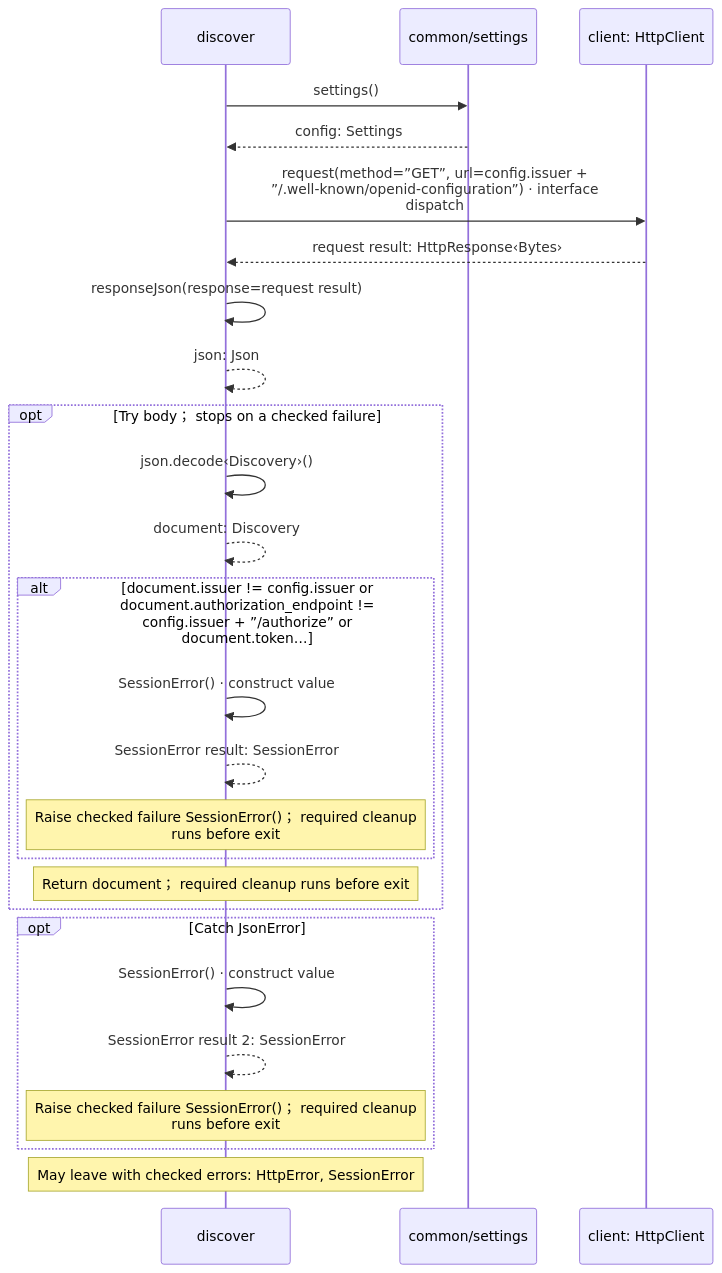
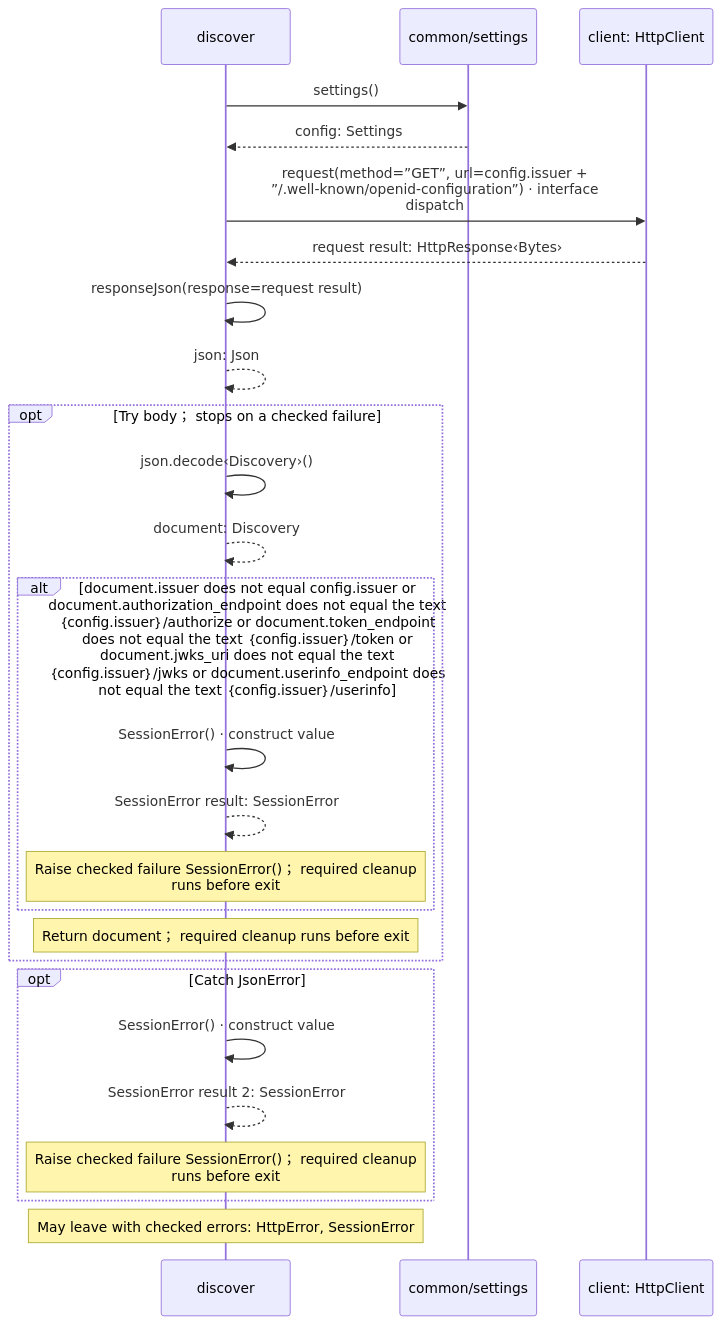
One commit to GreenPandaStudios/augscript changed the sixth of 9 diagrams in docs/examples/oidc-login/client/protocol-diagrams.md. Above: the diagram before and after it, drawn with Mermaid. The commit also changed other lines of this file and 658 other files, not shown here.

````diff
--- a/docs/examples/oidc-login/client/protocol-diagrams.md
+++ b/docs/examples/oidc-login/client/protocol-diagrams.md
@@ -136,28 +148,28 @@
 ```mermaid
 sequenceDiagram
     participant p0 as discover
     participant p1 as common/settings
     participant p2 as client: HttpClient
     p0->>p1: settings()
     p1-->>p0: config: Settings
     p0->>p2: request(method=”GET”, url=config.issuer +<br/>”/.well-known/openid-configuration”) · interface<br/>dispatch
     p2-->>p0: request result: HttpResponse‹Bytes›
     p0->>p0: responseJson(response=request result)
     p0-->>p0: json: Json
     opt Try body； stops on a checked failure
     p0->>p0: json.decode‹Discovery›()
     p0-->>p0: document: Discovery
-    alt document.issuer != config.issuer or document.authorization_endpoint != config.issuer + ”/authorize” or document.token…
+    alt document.issuer does not equal config.issuer or<br/>document.authorization_endpoint does not equal the text<br/>｛config.issuer｝/authorize or document.token_endpoint<br/>does not equal the text ｛config.issuer｝/token or<br/>document.jwks_uri does not equal the text<br/>｛config.issuer｝/jwks or document.userinfo_endpoint does<br/>not equal the text ｛config.issuer｝/userinfo
     p0->>p0: SessionError() · construct value
     p0-->>p0: SessionError result: SessionError
     Note over p0: Raise checked failure SessionError()； required cleanup<br/>runs before exit
     end
     Note over p0: Return document； required cleanup runs before exit
     end
     opt Catch JsonError
     p0->>p0: SessionError() · construct value
     p0-->>p0: SessionError result 2: SessionError
     Note over p0: Raise checked failure SessionError()； required cleanup<br/>runs before exit
     end
     Note over p0: May leave with checked errors: HttpError, SessionError
 ```
````
